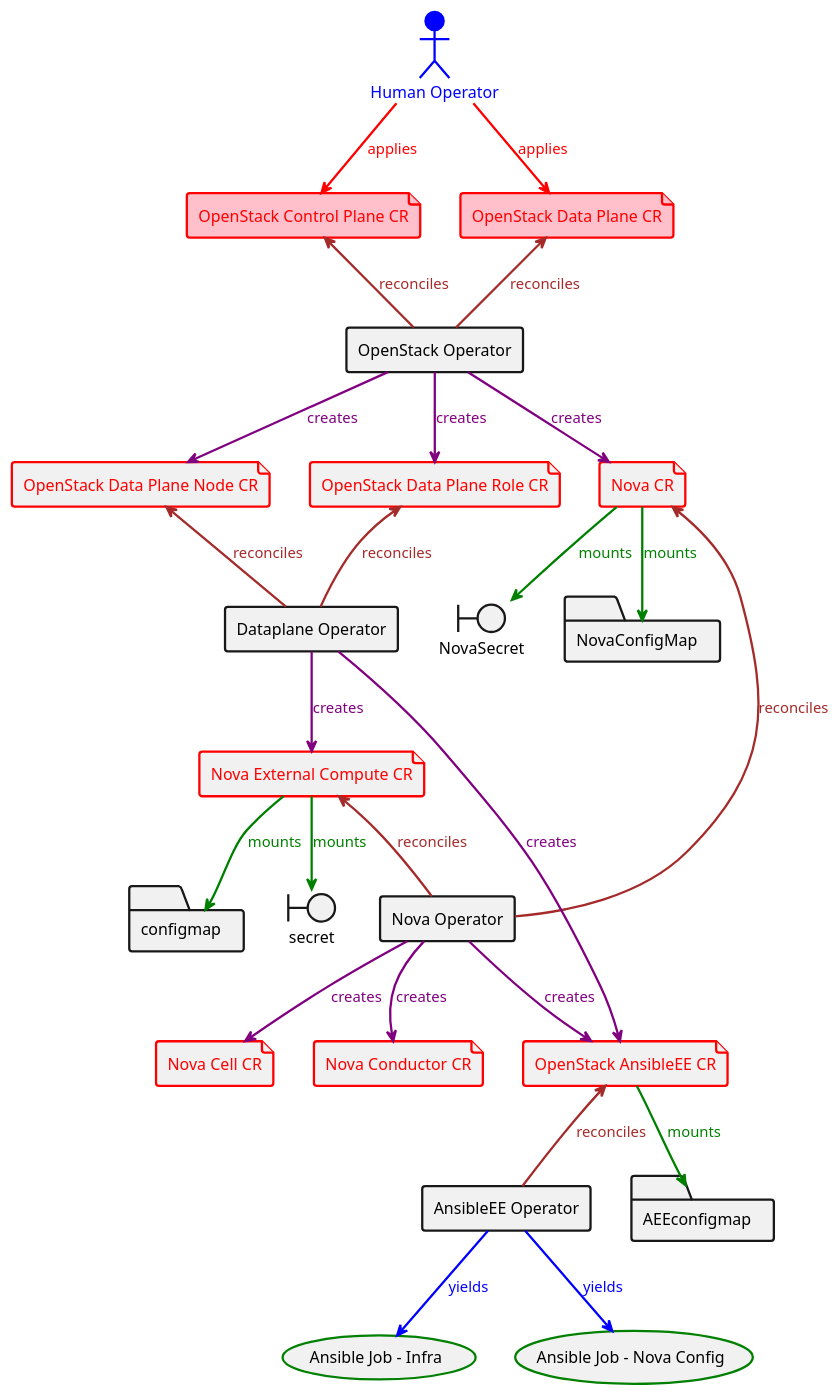
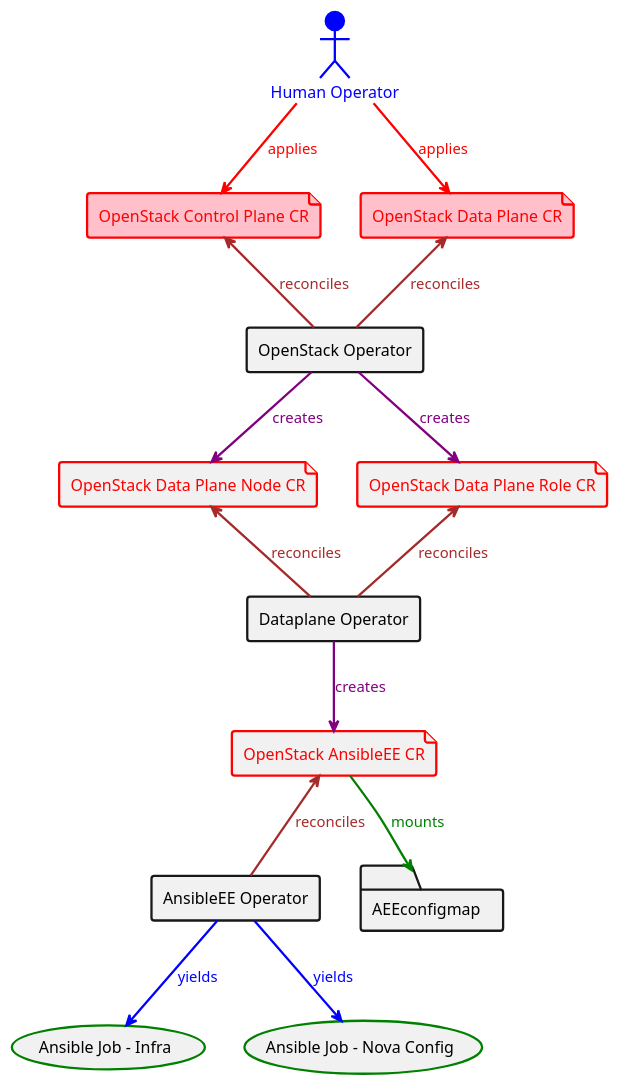
Before and after one commit to openstack-k8s-operators/dataplane-operator: the diagram in docs/diagrams/src/edpm.puml, drawn with PlantUML. The commit also changed 24 other files, not shown here.

```diff
--- a/docs/diagrams/src/edpm.puml
+++ b/docs/diagrams/src/edpm.puml
@@ -1,54 +1,33 @@
 @startuml edpm
 actor "Human Operator" as user #blue;line:blue;line.bold;text:blue
 
 file "OpenStack Control Plane CR" as OCPCR #pink;line:red;line.bold;text:red
 file "OpenStack Data Plane CR" as ODPCR #pink;line:red;line.bold;text:red
 file "OpenStack Data Plane Node CR" as ODPNCR #line:red;line.bold;text:red
 file "OpenStack Data Plane Role CR" as ODPRCR #line:red;line.bold;text:red
-file "Nova CR" as NCR #line:red;line.bold;text:red
 file "OpenStack AnsibleEE CR" as AEECR #line:red;line.bold;text:red
-file "Nova External Compute CR" as NECCR #line:red;line.bold;text:red
-file "Nova Cell CR" as NCeCR #line:red;line.bold;text:red
-file "Nova Conductor CR" as NCoCR #line:red;line.bold;text:red
 
 rectangle "OpenStack Operator" as OSOp #line.bold
 rectangle "Dataplane Operator" as DOp #line.bold
-rectangle "Nova Operator" as NOp #line.bold
 rectangle "AnsibleEE Operator" as AEEOp #line.bold
 
 usecase "Ansible Job - Infra" as AJI #line:green;line.bold
 usecase "Ansible Job - Nova Config" as AJNC #line:green;line.bold
 
-boundary secret #line.bold
-boundary NovaSecret #line.bold
-
-folder configmap #line.bold
-folder NovaConfigMap #line.bold
 folder AEEconfigmap #line.bold
 
 user --> OCPCR #line:red;line.bold;text:red  : applies
 user --> ODPCR #line:red;line.bold;text:red  : applies
 OCPCR <-- OSOp #line:brown;line.bold;text:brown : reconciles
 ODPCR <-- OSOp #line:brown;line.bold;text:brown : reconciles
-OSOp --> NCR #line:purple;line.bold;text:purple  : creates
 OSOp --> ODPNCR #line:purple;line.bold;text:purple  : creates
 OSOp --> ODPRCR #line:purple;line.bold;text:purple  : creates
 ODPNCR <-- DOp #line:brown;line.bold;text:brown : reconciles
 ODPRCR <-- DOp #line:brown;line.bold;text:brown : reconciles
-NCR <-- NOp #line:brown;line.bold;text:brown : reconciles
 DOp --> AEECR #line:purple;line.bold;text:purple  : creates
-DOp --> NECCR #line:purple;line.bold;text:purple  : creates
 AEECR <-- AEEOp #line:brown;line.bold;text:brown : reconciles
-NECCR <-- NOp #line:brown;line.bold;text:brown : reconciles
 AEEOp --> AJI #line:blue;line.bold;text:blue : yields
 AEEOp --> AJNC #line:blue;line.bold;text:blue : yields
-NOp --> AEECR #line:purple;line.bold;text:purple  : creates
-NOp --> NCeCR #line:purple;line.bold;text:purple  : creates
-NOp --> NCoCR #line:purple;line.bold;text:purple  : creates
-NCR --> NovaSecret #line:green;line.bold;text:green  : mounts
-NCR --> NovaConfigMap #line:green;line.bold;text:green  : mounts
-NECCR --> secret #line:green;line.bold;text:green  : mounts
-NECCR --> configmap #line:green;line.bold;text:green  : mounts
 AEECR --> AEEconfigmap #line:green;line.bold;text:green  : mounts
 
 @enduml
```
